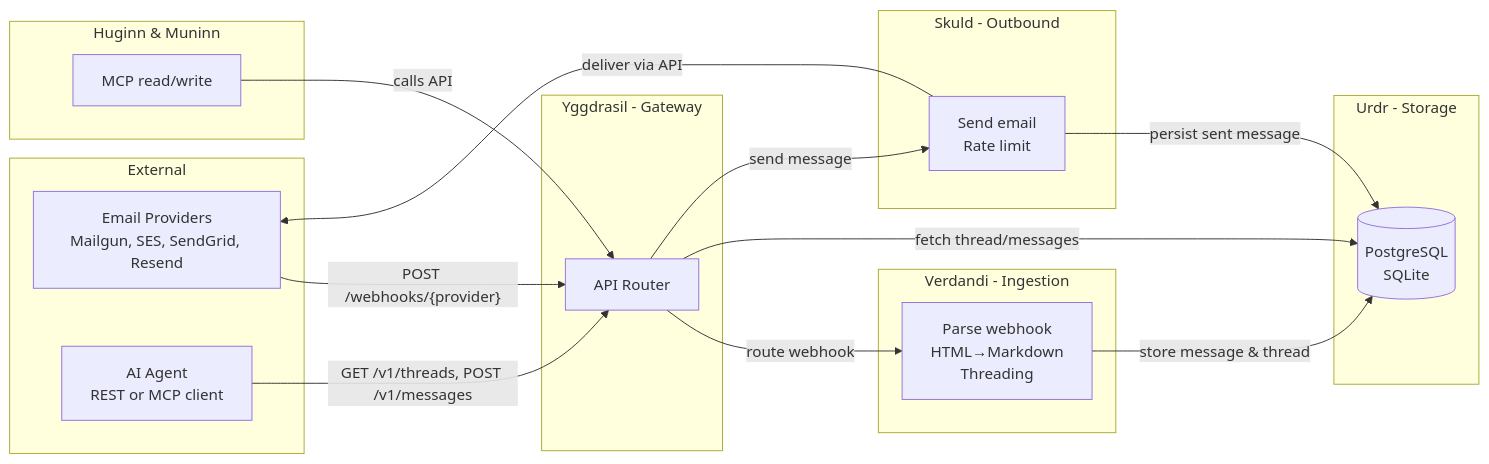
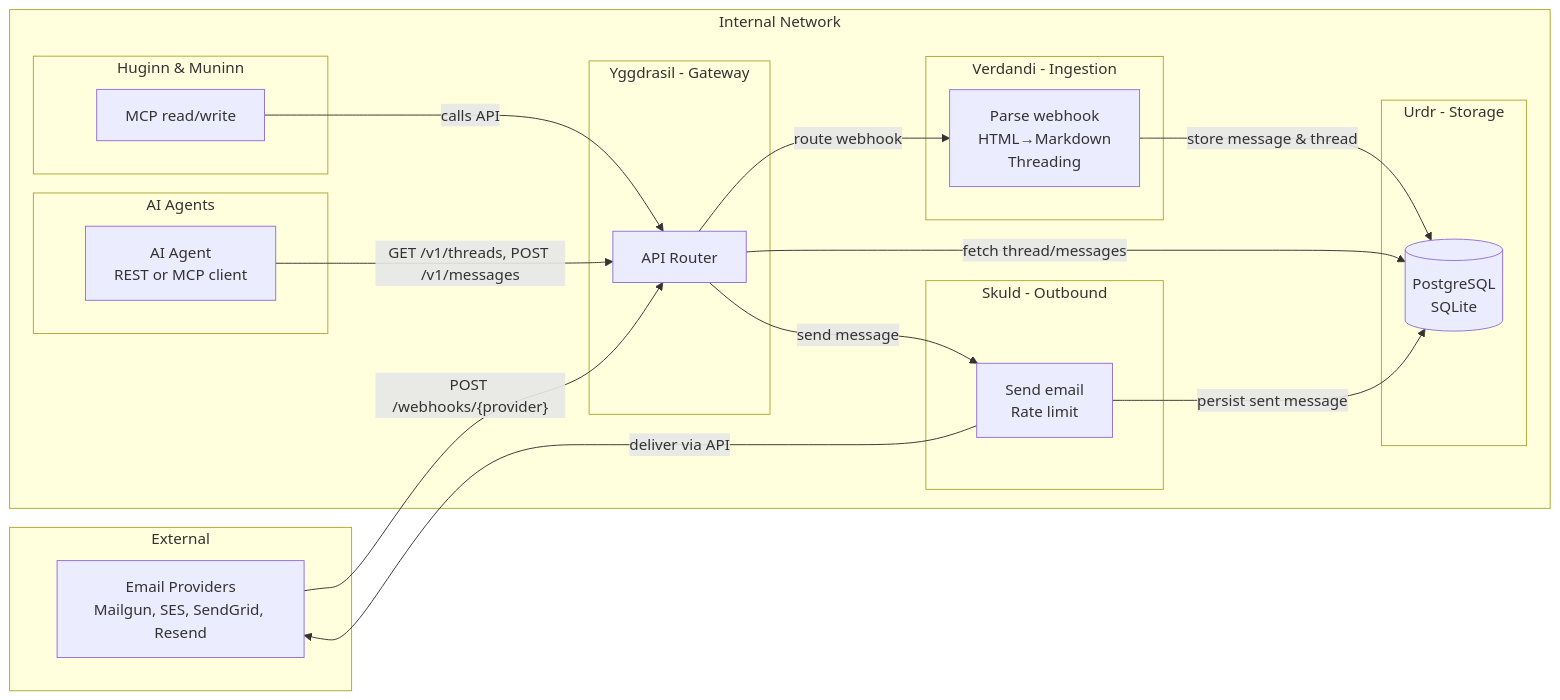
The first of 3 diagrams in web/content/docs/concepts/architecture.md (DataCovey/nornweave), drawn with Mermaid before and after one commit. The commit also changed other lines of this file and 2 other files, not shown here.

Commit message:
improved installation guide with nginx example, and expanded diagrams

````diff
--- a/web/content/docs/concepts/architecture.md
+++ b/web/content/docs/concepts/architecture.md
@@ -31,37 +31,42 @@
 ```mermaid
 flowchart LR
     subgraph external [External]
-        Provider[Email Providers\nMailgun, SES, SendGrid, Resend]
-        Agent[AI Agent\nREST or MCP client]
+        Provider[Email Providers<br/>Mailgun, SES, SendGrid, Resend]
     end
 
-    subgraph yggdrasil [Yggdrasil - Gateway]
-        G[API Router]
-    end
+    subgraph internal [Internal Network]
+        subgraph agents [AI Agents]
+            Agent[AI Agent<br/>REST or MCP client]
+        end
 
-    subgraph verdandi [Verdandi - Ingestion]
-        V[Parse webhook\nHTML→Markdown\nThreading]
-    end
+        subgraph yggdrasil [Yggdrasil - Gateway]
+            G[API Router]
+        end
 
-    subgraph urdr [Urdr - Storage]
-        U[(PostgreSQL\nSQLite)]
-    end
+        subgraph verdandi [Verdandi - Ingestion]
+            V[Parse webhook<br/>HTML→Markdown<br/>Threading]
+        end
 
-    subgraph skuld [Skuld - Outbound]
-        S[Send email\nRate limit]
-    end
+        subgraph urdr [Urdr - Storage]
+            U[(PostgreSQL<br/>SQLite)]
+        end
 
-    subgraph mcp [Huginn & Muninn]
-        M[MCP read/write]
+        subgraph skuld [Skuld - Outbound]
+            S[Send email<br/>Rate limit]
+        end
+
+        subgraph mcp [Huginn & Muninn]
+            M[MCP read/write]
+        end
     end
 
     Provider -->|"POST /webhooks/{provider}"| G
     G -->|"route webhook"| V
     V -->|"store message & thread"| U
     Agent -->|"GET /v1/threads, POST /v1/messages"| G
     M -->|"calls API"| G
     G -->|"fetch thread/messages"| U
     G -->|"send message"| S
     S -->|"deliver via API"| Provider
     S -->|"persist sent message"| U
 ```
````
